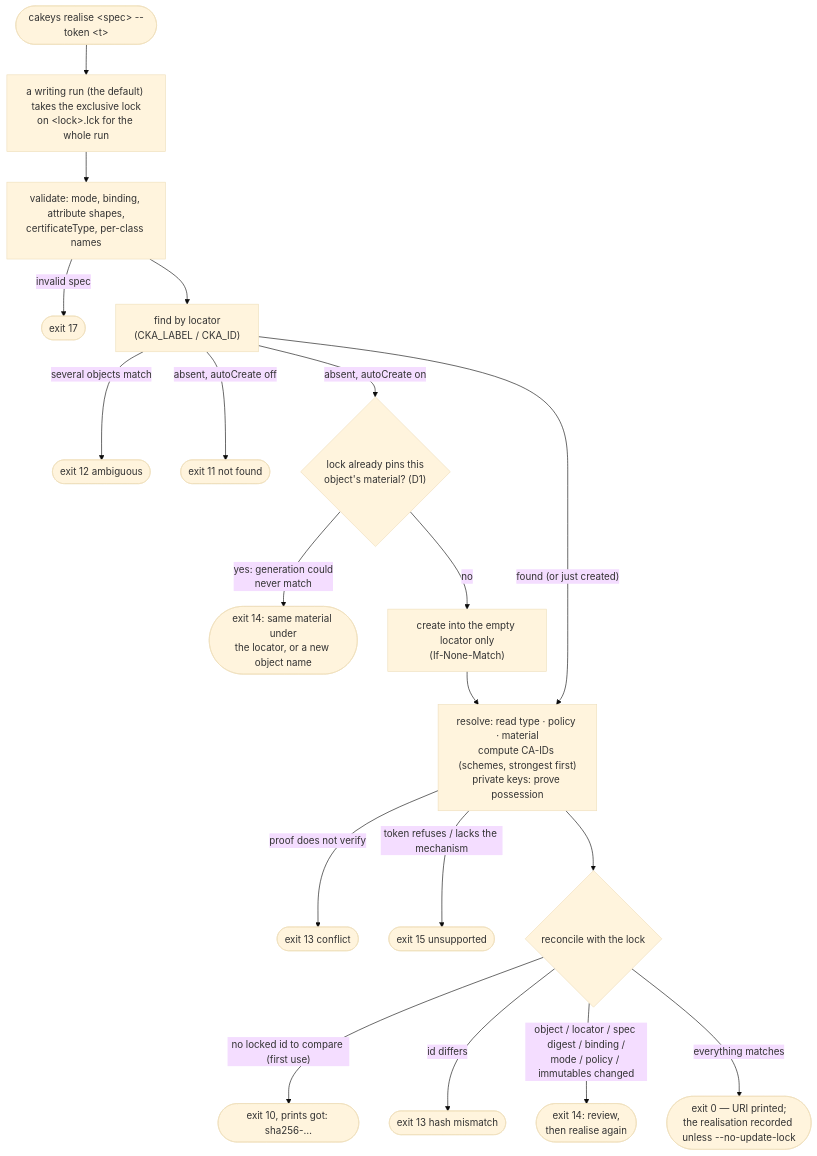
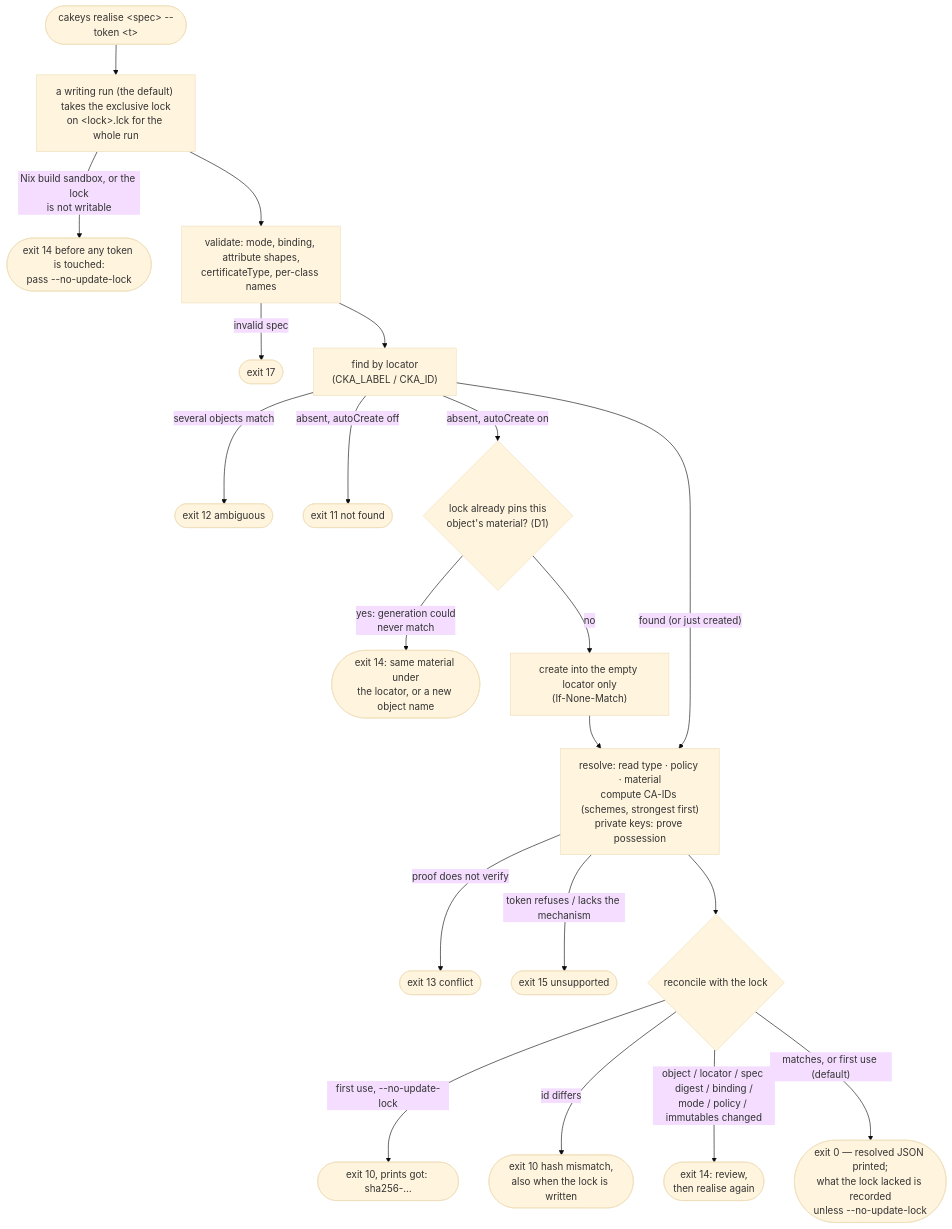
One commit to Princemachiavelli/cakeys changed the second of 5 diagrams in docs/diagrams.md. Above: the diagram before and after it, drawn with Mermaid (base theme). The commit also changed other lines of this file and 5 other files, not shown here.

First line of the commit message:
docs: bring README, DESIGN, diagrams and PLAN up to date

````diff
--- a/docs/diagrams.md
+++ b/docs/diagrams.md
@@ -45,22 +46,23 @@
 ```mermaid
 flowchart TD
     START(["cakeys realise &lt;spec&gt; --token &lt;t&gt;"]) --> GUARD
     GUARD["a writing run (the default) takes the exclusive lock<br/>on &lt;lock&gt;.lck for the whole run"]
+    GUARD -- "Nix build sandbox, or the lock<br/>is not writable" --> X14w(["exit 14 before any token is touched:<br/>pass --no-update-lock"])
     GUARD --> VAL["validate: mode, binding, attribute shapes,<br/>certificateType, per-class names"]
     VAL -- "invalid spec" --> X17(["exit 17"])
     VAL --> FIND["find by locator<br/>(CKA_LABEL / CKA_ID)"]
     FIND -- "several objects match" --> X12(["exit 12 ambiguous"])
     FIND -- "absent, autoCreate off" --> X11(["exit 11 not found"])
     FIND -- "absent, autoCreate on" --> PIN{"lock already pins this<br/>object's material? (D1)"}
     PIN -- "yes: generation could<br/>never match" --> X14b(["exit 14: same material under<br/>the locator, or a new object name"])
     PIN -- no --> CREATE["create into the empty locator only<br/>(If-None-Match)"]
     FIND -- "found (or just created)" --> RESOLVE
     CREATE --> RESOLVE["resolve: read type · policy · material<br/>compute CA-IDs (schemes, strongest first)<br/>private keys: prove possession"]
     RESOLVE -- "proof does not verify" --> X13a(["exit 13 conflict"])
     RESOLVE -- "token refuses / lacks the mechanism" --> X15(["exit 15 unsupported"])
     RESOLVE --> RECONCILE{"reconcile with the lock"}
-    RECONCILE -- "no locked id to compare (first use)" --> X10(["exit 10, prints got: sha256-…"])
-    RECONCILE -- "id differs" --> X13b(["exit 13 hash mismatch"])
+    RECONCILE -- "first use, --no-update-lock" --> X10(["exit 10, prints got: sha256-…"])
+    RECONCILE -- "id differs" --> X10b(["exit 10 hash mismatch,<br/>also when the lock is written"])
     RECONCILE -- "object / locator / spec digest / binding /<br/>mode / policy / immutables changed" --> X14(["exit 14: review,<br/>then realise again"])
-    RECONCILE -- "everything matches" --> OK(["exit 0 — URI printed;<br/>the realisation recorded unless --no-update-lock"])
+    RECONCILE -- "matches, or first use (default)" --> OK(["exit 0 — resolved JSON printed;<br/>what the lock lacked is recorded<br/>unless --no-update-lock"])
 ```
````
